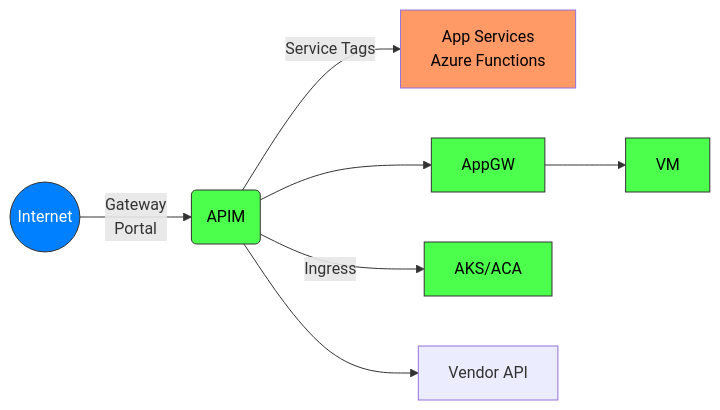
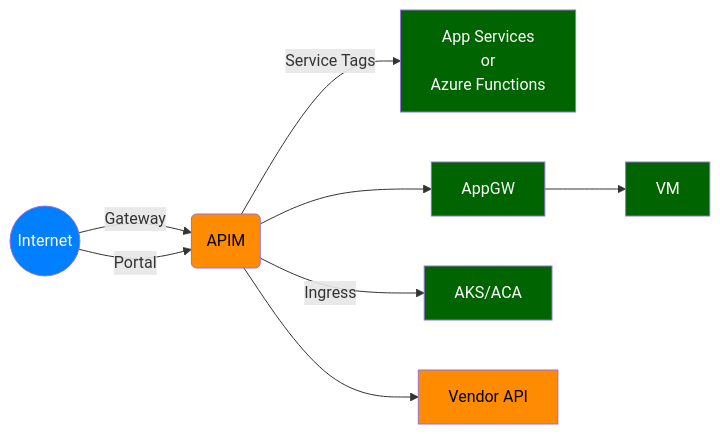
Before and after one commit to msalemor/azure-apim-networking: the first of 3 diagrams in README.md, drawn with Mermaid. The commit also changed other lines of this file, not shown here.

````diff
--- a/README.md
+++ b/README.md
@@ -13,14 +14,17 @@
 ```mermaid
 graph LR;
-    A((Internet))--Gateway<br/>Portal-->B(APIM)
-    B--Service Tags-->C[App Services<br/>Azure Functions]
-    B-->D[AppGW];
-    D-->F[VM];
-    B--Ingress-->E[AKS/ACA];
-    B-->G[Vendor API]
-    style A fill:#007FFF,stroke:#333,stroke-width:1px,color:#fff;    
-    classDef someclass fill:#4DFF4D,stroke:#333,stroke-width:1px,color:black;
-    class B,D,E,F someclass;
-    classDef someclass1 fill:#f96,color:black;
-    class C someclass1;
+  A((Internet))--Gateway-->B(APIM);
+  A((Internet))--Portal-->B(APIM);
+  B--Service Tags-->C[App Services<br/>or<br/>Azure Functions]
+  B-->D[AppGW];
+  D-->F[VM];
+  B--Ingress-->E[AKS/ACA];
+  B-->G[Vendor API]
+  classDef internet fill:#007FFF,color:white;
+  classDef unsafe fill:#ff3333,color:white;
+  classDef semisafe fill:darkorange,color:black;
+  classDef safe fill:darkgreen,color:white;
+  class A internet;
+  class C,D,F,E safe;  
+  class B,G semisafe;
 ```
````
